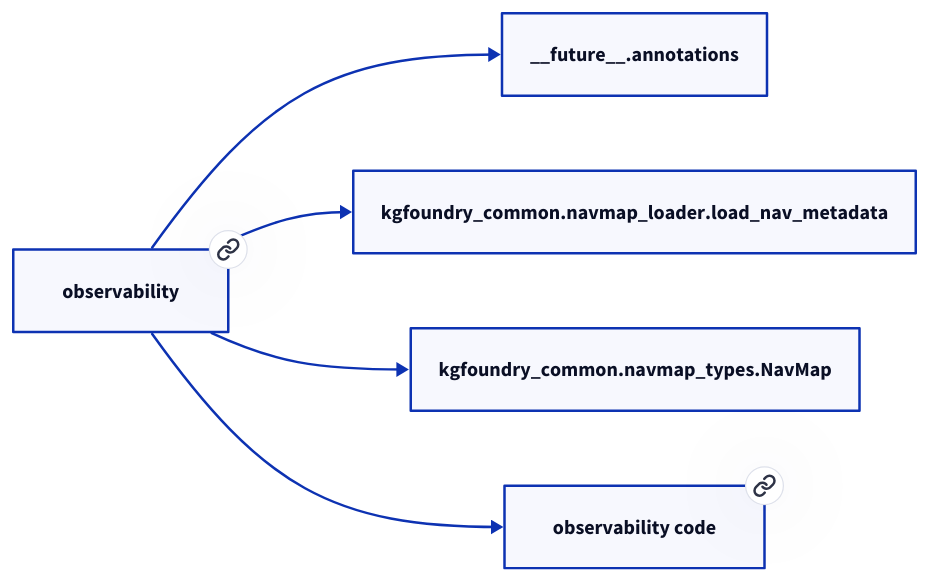
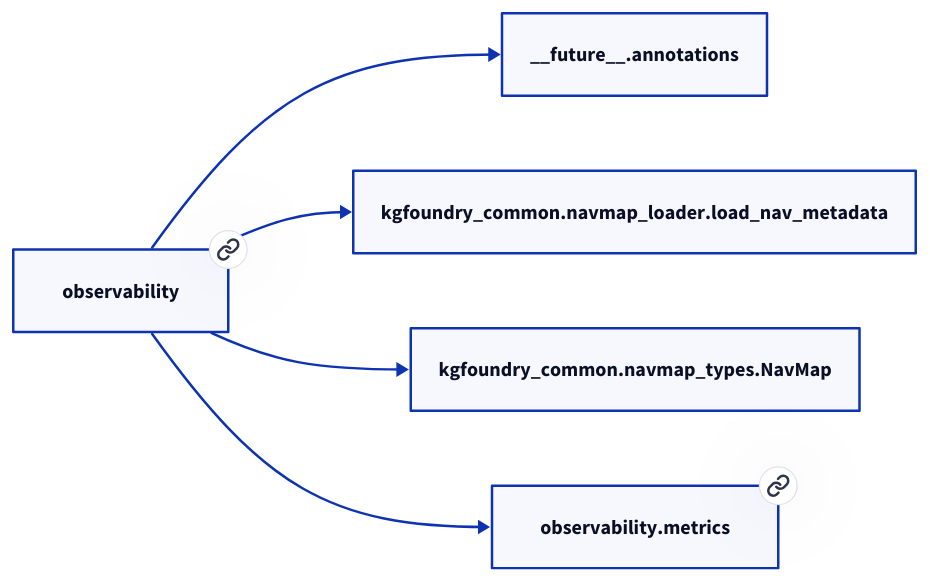
The diagram in docs/modules/observability.md (paul-heyse/kgforge), drawn with D2 before and after one commit. The commit also changed other lines of this file and 208 other files, not shown here.

````diff
--- a/docs/modules/observability.md
+++ b/docs/modules/observability.md
@@ -17,12 +21,12 @@
 ```d2
 direction: right
-"observability": "observability" { link: "./observability.md" }
+"observability": "observability" { link: "https://github.com/paul-heyse/kgfoundry/blob/main/src/observability/__init__.py" }
 "__future__.annotations": "__future__.annotations"
 "observability" -> "__future__.annotations"
 "kgfoundry_common.navmap_loader.load_nav_metadata": "kgfoundry_common.navmap_loader.load_nav_metadata"
 "observability" -> "kgfoundry_common.navmap_loader.load_nav_metadata"
 "kgfoundry_common.navmap_types.NavMap": "kgfoundry_common.navmap_types.NavMap"
 "observability" -> "kgfoundry_common.navmap_types.NavMap"
-"observability_code": "observability code" { link: "https://github.com/kgfoundry/kgfoundry/blob/main/src/observability/__init__.py" }
-"observability" -> "observability_code" { style: dashed }
+"observability.metrics": "observability.metrics" { link: "https://github.com/paul-heyse/kgfoundry/blob/main/src/observability/metrics.py" }
+"observability" -> "observability.metrics" { style: dashed }
 ```
````
